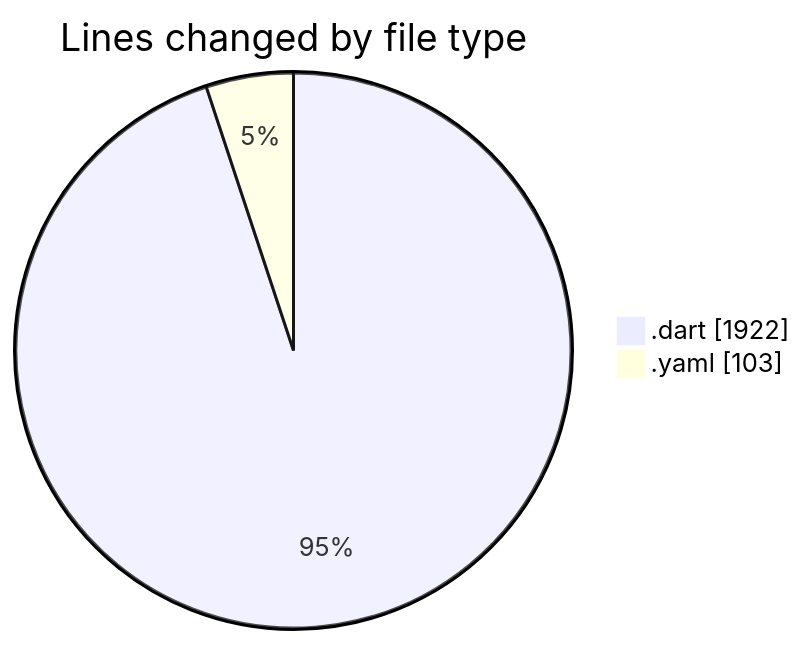
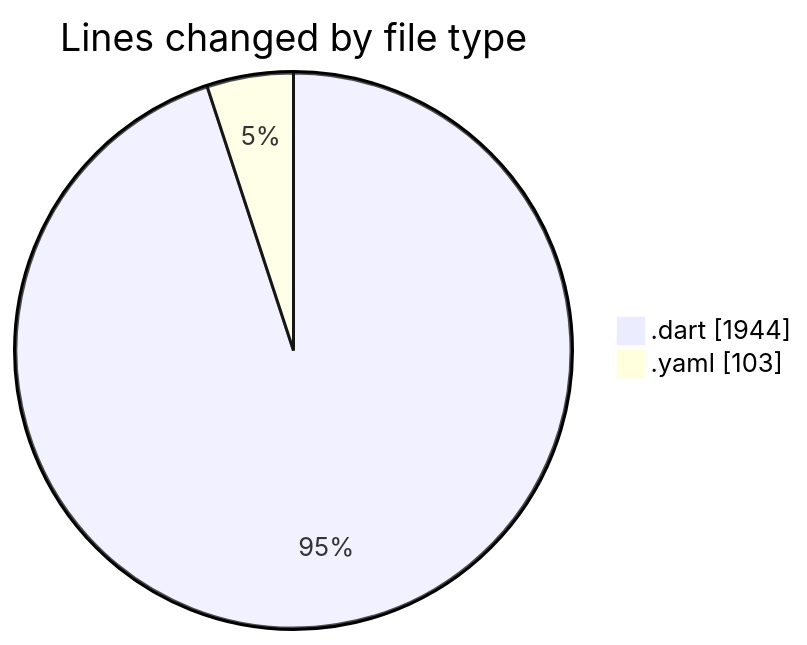
Before and after one commit to donsfak/code-tracking: the first of 2 diagrams in 2025-02-25/trackers_app/README.md, drawn with Mermaid. The commit also changed other lines of this file and 1 other file, not shown here.

````diff
--- a/2025-02-25/trackers_app/README.md
+++ b/2025-02-25/trackers_app/README.md
@@ -31,6 +31,6 @@
 ```mermaid
 pie showData
 title Lines changed by file type
-".dart" : 1922
+".dart" : 1944
 ".yaml" : 103
 ```
````
